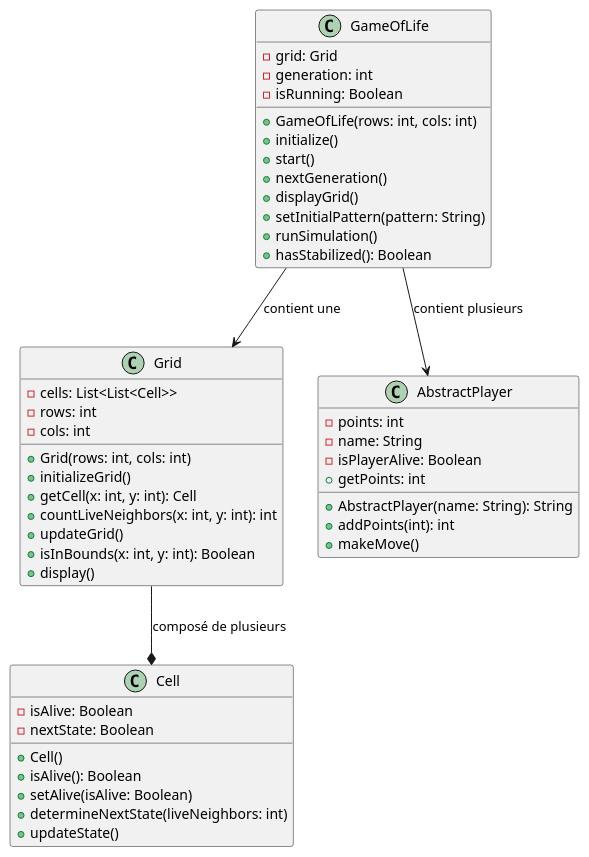
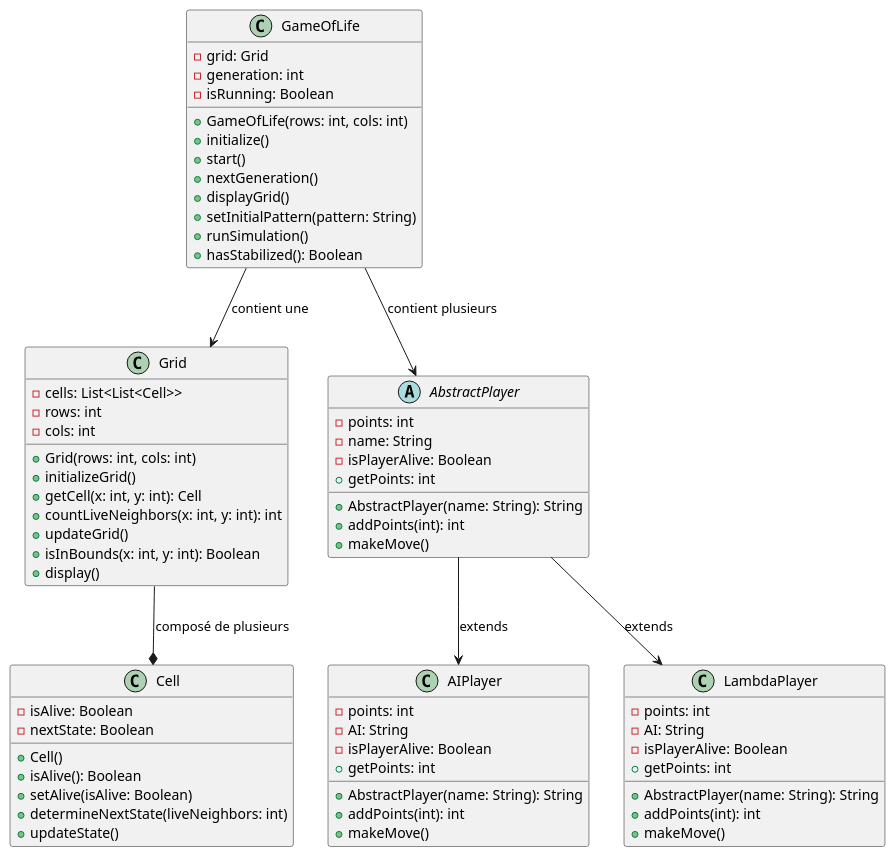
The diagram in JeuDeLaVie/docs/diagram.puml (kammohamine/ConwaysGame), drawn with PlantUML before and after one commit.

Commit message:
[UPDATE] diagram

```diff
--- a/JeuDeLaVie/docs/diagram.puml
+++ b/JeuDeLaVie/docs/diagram.puml
@@ -1,56 +1,79 @@
 @startuml diagram
 
 class GameOfLife {
     - grid: Grid
     - generation: int
     - isRunning: Boolean
     + GameOfLife(rows: int, cols: int)
     + initialize()
     + start()
     + nextGeneration()
     + displayGrid()
     + setInitialPattern(pattern: String)
     + runSimulation()
     + hasStabilized(): Boolean
 }
 
 class Grid {
     - cells: List<List<Cell>>
     - rows: int
     - cols: int
     + Grid(rows: int, cols: int)
     + initializeGrid()
     + getCell(x: int, y: int): Cell
     + countLiveNeighbors(x: int, y: int): int
     + updateGrid()
     + isInBounds(x: int, y: int): Boolean
     + display()
 }
 
 class Cell {
     - isAlive: Boolean
     - nextState: Boolean
     + Cell()
     + isAlive(): Boolean
     + setAlive(isAlive: Boolean)
     + determineNextState(liveNeighbors: int)
     + updateState()
 }
 
 
-class AbstractPlayer {
+abstract class AbstractPlayer {
     - points: int
     - name: String
     - isPlayerAlive: Boolean
     + AbstractPlayer(name: String): String
     + getPoints: int
     + addPoints(int): int
     + makeMove()
 
     }
 
+class AIPlayer {
+    - points: int
+    - AI: String
+    - isPlayerAlive: Boolean
+    + AbstractPlayer(name: String): String
+    + getPoints: int
+    + addPoints(int): int
+    + makeMove()
+}
+
+class LambdaPlayer {
+    - points: int
+    - AI: String
+    - isPlayerAlive: Boolean
+    + AbstractPlayer(name: String): String
+    + getPoints: int
+    + addPoints(int): int
+    + makeMove()
+}
+
 GameOfLife --> Grid : "contient une"
 Grid --* Cell : "composé de plusieurs"
 GameOfLife --> AbstractPlayer : "contient plusieurs"
+AbstractPlayer --> AIPlayer : "extends"
+AbstractPlayer --> LambdaPlayer : "extends"
+
 
 @enduml
```
